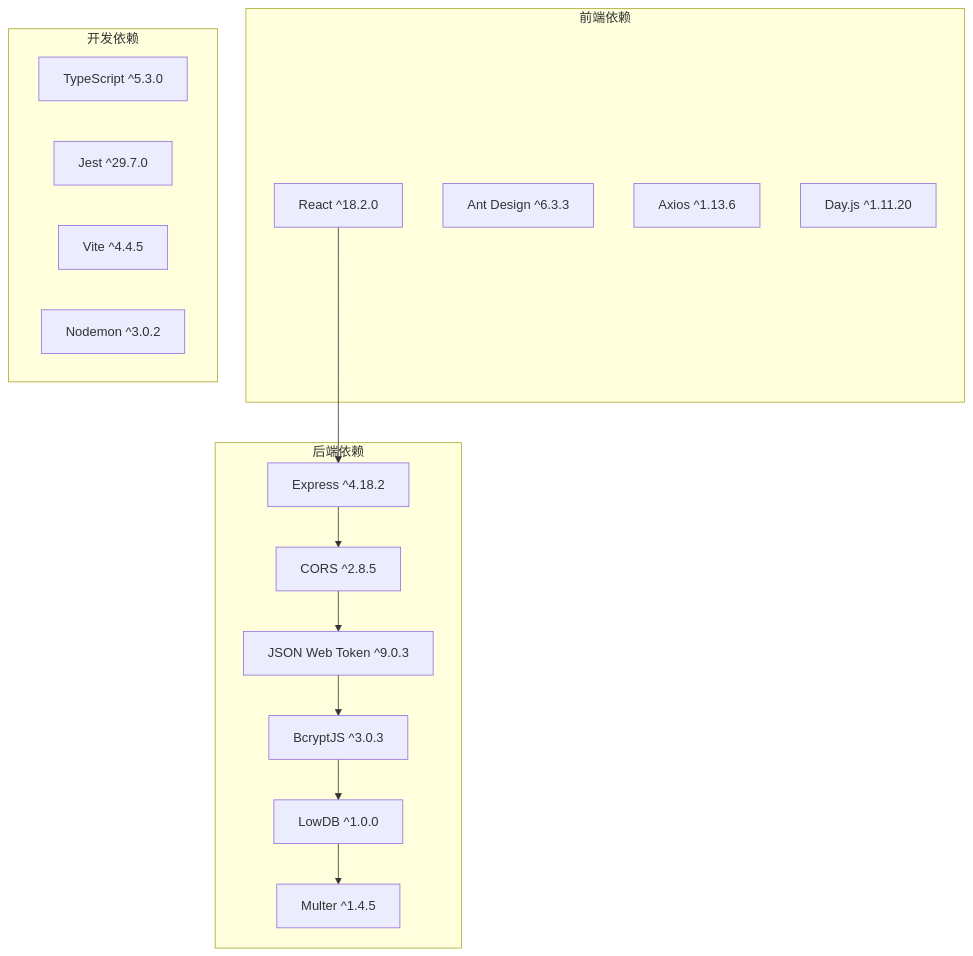
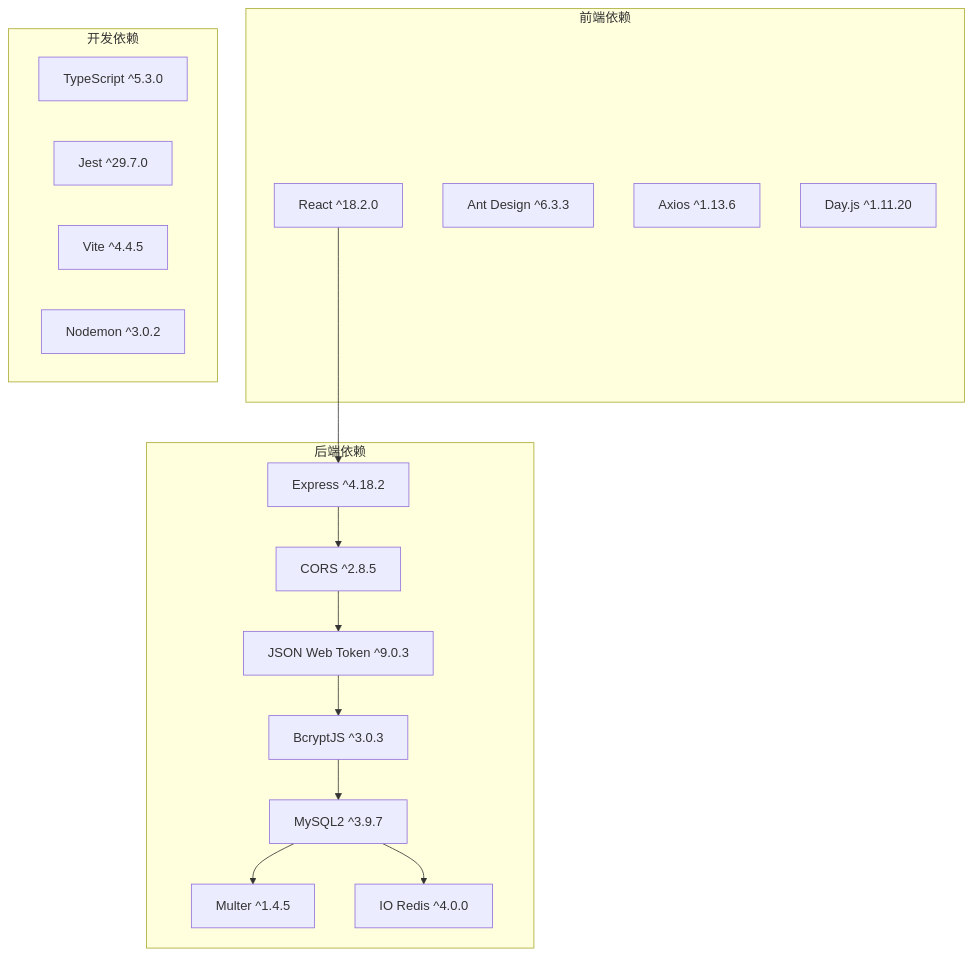
Diagram 14 of 15 in .qoder/repowiki/zh/content/开发指南/部署基础设施.md (songdiyang/clawOperations), drawn with Mermaid before and after one commit. The commit also changed other lines of this file and 10 other files, not shown here.

````diff
--- a/.qoder/repowiki/zh/content/开发指南/部署基础设施.md
+++ b/.qoder/repowiki/zh/content/开发指南/部署基础设施.md
@@ -356,29 +523,31 @@
 ```mermaid
 graph TB
 subgraph "前端依赖"
 A[React ^18.2.0]
 B[Ant Design ^6.3.3]
 C[Axios ^1.13.6]
 D[Day.js ^1.11.20]
 end
 subgraph "后端依赖"
 E[Express ^4.18.2]
 F[CORS ^2.8.5]
 G[JSON Web Token ^9.0.3]
 H[BcryptJS ^3.0.3]
-I[LowDB ^1.0.0]
+I[MySQL2 ^3.9.7]
 J[Multer ^1.4.5]
+K[IO Redis ^4.0.0]
 end
 subgraph "开发依赖"
-K[TypeScript ^5.3.0]
-L[Jest ^29.7.0]
-M[Vite ^4.4.5]
-N[Nodemon ^3.0.2]
+L[TypeScript ^5.3.0]
+M[Jest ^29.7.0]
+N[Vite ^4.4.5]
+O[Nodemon ^3.0.2]
 end
 A --> E
 E --> F
 F --> G
 G --> H
 H --> I
 I --> J
+I --> K
 ```
````
